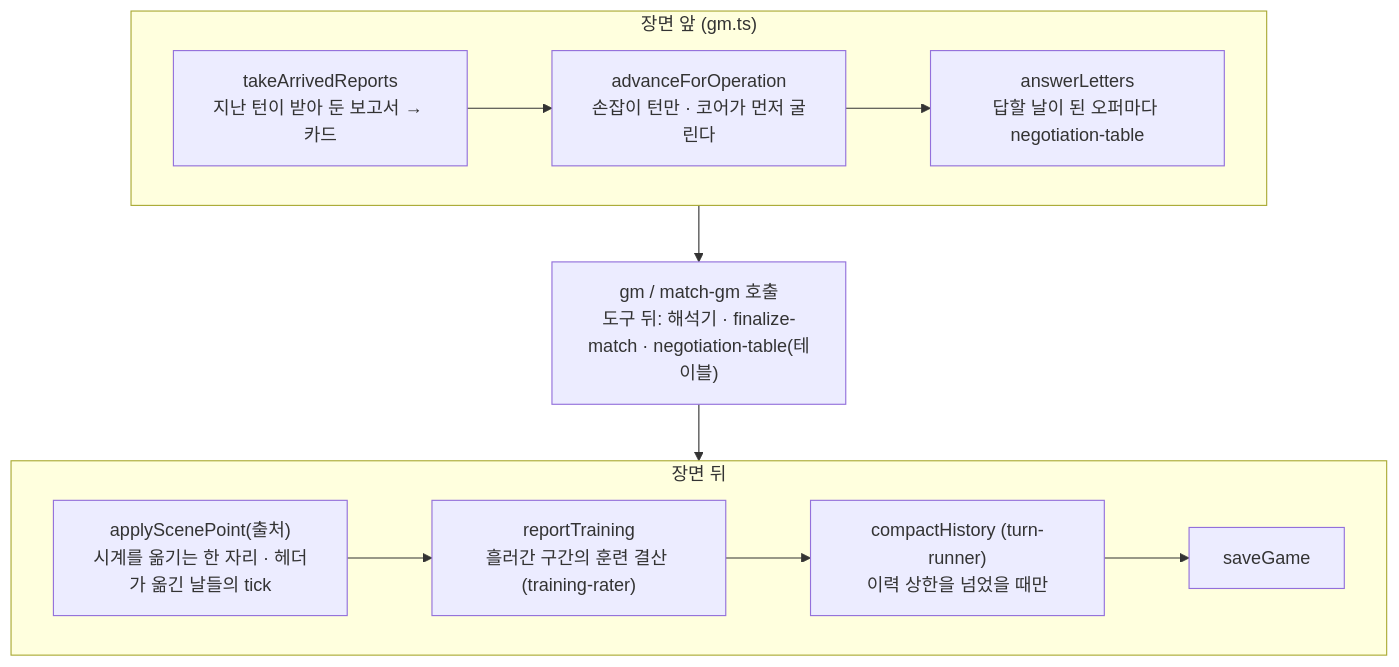
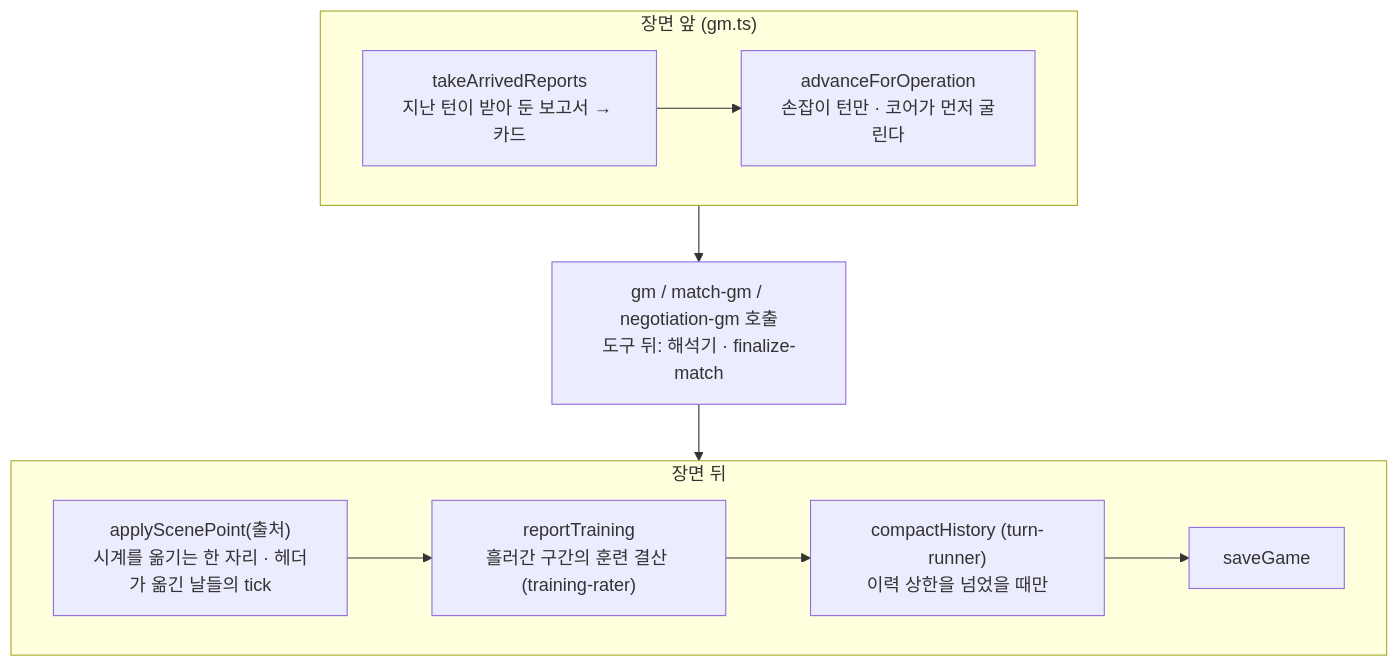
The tenth of 11 diagrams in docs/llm/pipeline.md (dhoonjang/story-fm), drawn with Mermaid before and after one commit. The commit also changed other lines of this file and 49 other files, not shown here.

````diff
--- a/docs/llm/pipeline.md
+++ b/docs/llm/pipeline.md
@@ -468,20 +460,19 @@
 ```mermaid
 flowchart TB
   subgraph BEFORE["장면 앞 (gm.ts)"]
     direction LR
     B1["takeArrivedReports<br/>지난 턴이 받아 둔 보고서 → 카드"]
     B2["advanceForOperation<br/>손잡이 턴만 · 코어가 먼저 굴린다"]
-    B3["answerLetters<br/>답할 날이 된 오퍼마다 negotiation-table"]
-    B1 --> B2 --> B3
+    B1 --> B2
   end
-  MAIN["gm / match-gm 호출<br/>도구 뒤: 해석기 · finalize-match · negotiation-table(테이블)"]
+  MAIN["gm / match-gm / negotiation-gm 호출<br/>도구 뒤: 해석기 · finalize-match"]
   subgraph AFTER["장면 뒤"]
     direction LR
     A1["applyScenePoint(출처)<br/>시계를 옮기는 한 자리 · 헤더가 옮긴 날들의 tick"]
     A2["reportTraining<br/>흘러간 구간의 훈련 결산 (training-rater)"]
     A3["compactHistory (turn-runner)<br/>이력 상한을 넘었을 때만"]
     A4["saveGame"]
     A1 --> A2 --> A3 --> A4
   end
   BEFORE --> MAIN --> AFTER
 ```
````
